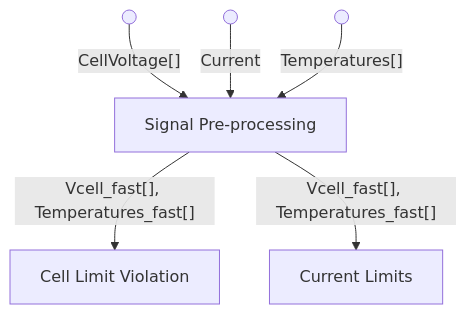
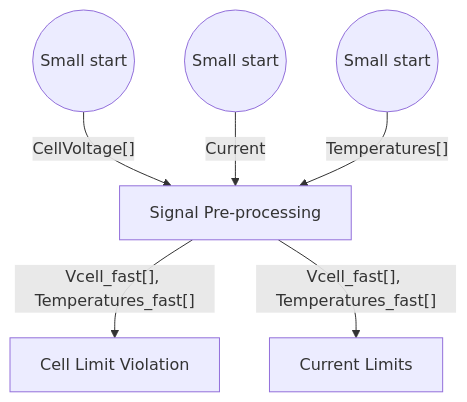
The diagram in simtestlab/SoftwareSpecifiactions/ApplicationSoftware/Architecture.md (Simtestlab/atlas), drawn with Mermaid before and after one commit. The commit also changed other lines of this file, not shown here.

Commit message:
fixed  mermaid chart diagram

````diff
--- a/simtestlab/SoftwareSpecifiactions/ApplicationSoftware/Architecture.md
+++ b/simtestlab/SoftwareSpecifiactions/ApplicationSoftware/Architecture.md
@@ -18,9 +17,8 @@
-  ```mermaid
-        flowchart TB
-          SPP[Signal Pre-processing] --Vcell_fast[], Temperatures_fast[]--> CLV[Cell Limit Violation]
-          SPP[Signal Pre-processing] --Vcell_fast[], Temperatures_fast[]--> CL[Current Limits]
-          CV@{ shape: sm-circ, label: "Small start" }-- CellVoltage[]--> SPP
-          I@{ shape: sm-circ, label: "Small start" }-- Current--> SPP
-          Temp@{ shape: sm-circ, label: "Small start" }-- Temperatures[]--> SPP
-
-    ```
+```mermaid
+  flowchart TB
+  SPP[Signal Pre-processing] -- Vcell_fast[], Temperatures_fast[] --> CLV[Cell Limit Violation]
+  SPP[Signal Pre-processing] -- Vcell_fast[], Temperatures_fast[] --> CL[Current Limits]
+  CV((Small start)) -- CellVoltage[] --> SPP
+  I((Small start)) -- Current --> SPP
+  Temp((Small start)) -- Temperatures[] --> SPP
+```
````
